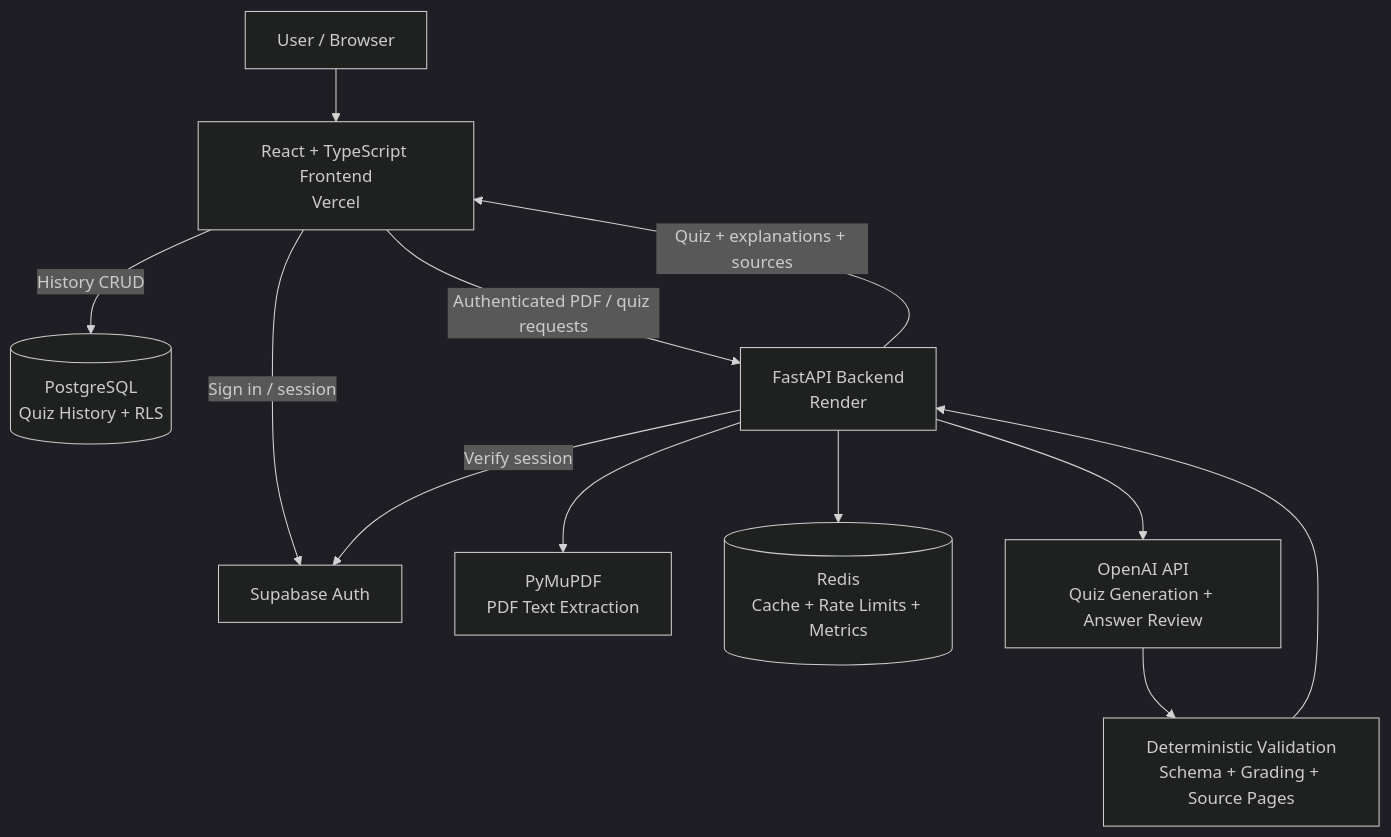
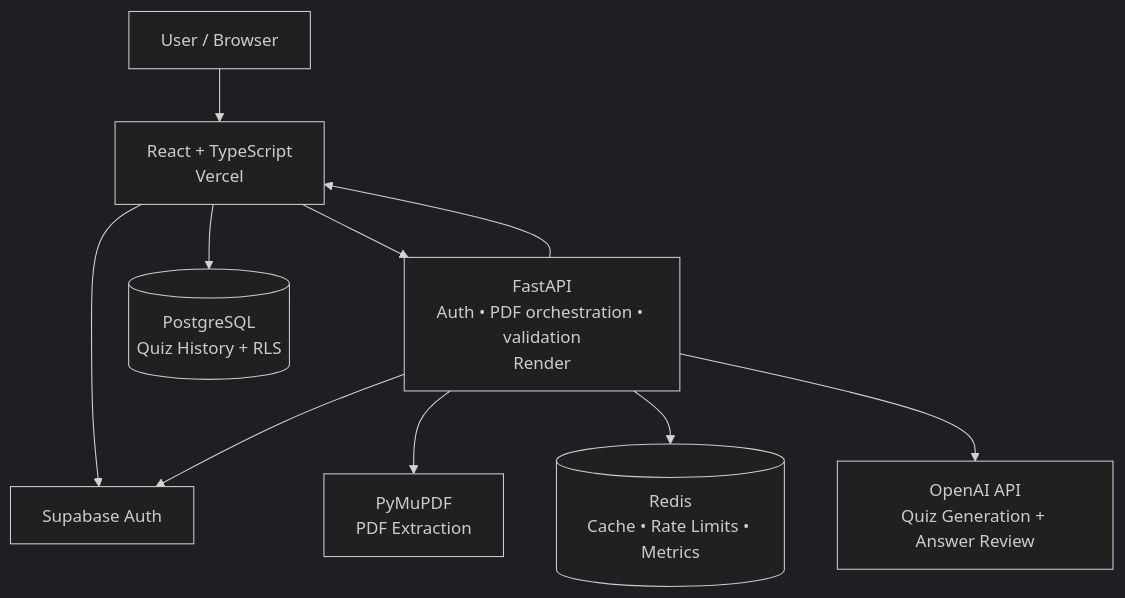
One commit to HamedGithubforwork/QuizForge-AI changed the diagram in README.md. Above: the diagram before and after it, drawn with Mermaid (dark theme). The commit also changed other lines of this file, not shown here.

Commit message:
Polish architecture diagram

````diff
--- a/README.md
+++ b/README.md
@@ -130,24 +130,23 @@
 ```mermaid
 flowchart TD
     USER[User / Browser]
-    FE[React + TypeScript Frontend<br/>Vercel]
+    FE[React + TypeScript<br/>Vercel]
+    API[FastAPI<br/>Auth • PDF orchestration • validation<br/>Render]
+
     AUTH[Supabase Auth]
     DB[(PostgreSQL<br/>Quiz History + RLS)]
-    API[FastAPI Backend<br/>Render]
-    PDF[PyMuPDF<br/>PDF Text Extraction]
-    REDIS[(Redis<br/>Cache + Rate Limits + Metrics)]
+    PDF[PyMuPDF<br/>PDF Extraction]
+    REDIS[(Redis<br/>Cache • Rate Limits • Metrics)]
     AI[OpenAI API<br/>Quiz Generation + Answer Review]
-    VALID[Deterministic Validation<br/>Schema + Grading + Source Pages]
 
     USER --> FE
-    FE -->|Sign in / session| AUTH
-    FE -->|History CRUD| DB
-    FE -->|Authenticated PDF / quiz requests| API
-    API -->|Verify session| AUTH
+    FE --> AUTH
+    FE --> DB
+    FE --> API
+
+    API --> AUTH
     API --> PDF
     API --> REDIS
     API --> AI
-    AI --> VALID
-    VALID --> API
-    API -->|Quiz + explanations + sources| FE
+    API --> FE
 ```
````
